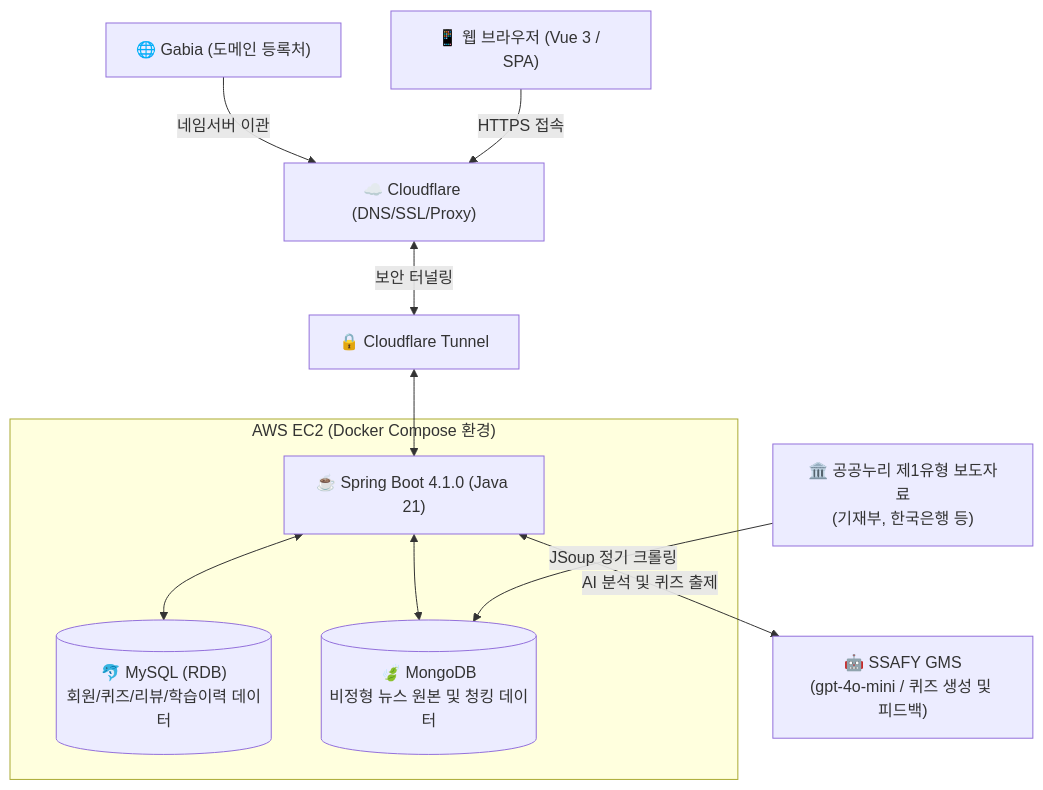
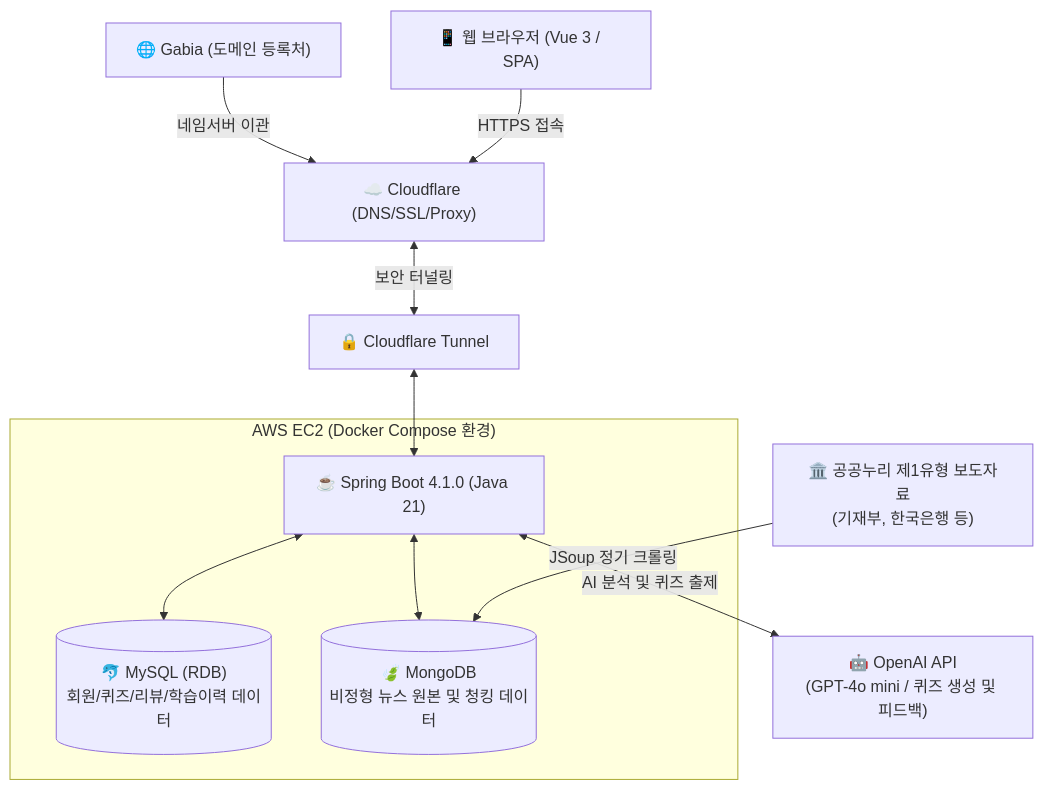
The diagram in README.md (Sungw0o/Newsense), drawn with Mermaid before and after one commit. The commit also changed other lines of this file and 229 other files, not shown here.

````diff
--- a/README.md
+++ b/README.md
@@ -45,31 +45,31 @@
 ```mermaid
 graph TD
     %% 외부 및 DNS 레이어
     Gabia["🌐 Gabia (도메인 등록처)"]
     CF["☁️ Cloudflare (DNS/SSL/Proxy)"]
     CFTunnel["🔒 Cloudflare Tunnel"]
 
     %% 클라이언트 레이어
     Client["📱 웹 브라우저 (Vue 3 / SPA)"]
 
     %% 백엔드 및 인프라 레이어
     subgraph Server["AWS EC2 (Docker Compose 환경)"]
         Backend["☕ Spring Boot 4.1.0 (Java 21)"]
         MySQL[("🐬 MySQL (RDB)<br>회원/퀴즈/리뷰/학습이력 데이터")]
         MongoDB[("🍃 MongoDB<br>비정형 뉴스 원본 및 청킹 데이터")]
     end
 
     %% 외부 API 및 데이터 소스
-    OpenAI["🤖 SSAFY GMS<br>(gpt-4o-mini / 퀴즈 생성 및 피드백)"]
+    OpenAI["🤖 OpenAI API<br>(GPT-4o mini / 퀴즈 생성 및 피드백)"]
     GovData["🏛️ 공공누리 제1유형 보도자료<br>(기재부, 한국은행 등)"]
 
     %% 흐름 연결
     Gabia -->|네임서버 이관| CF
     Client -->|HTTPS 접속| CF
     CF <-->|보안 터널링| CFTunnel
     CFTunnel <--> Backend
     Backend <--> MySQL
     Backend <--> MongoDB
     GovData -->|JSoup 정기 크롤링| MongoDB
     Backend <-->|AI 분석 및 퀴즈 출제| OpenAI
 ```
````
